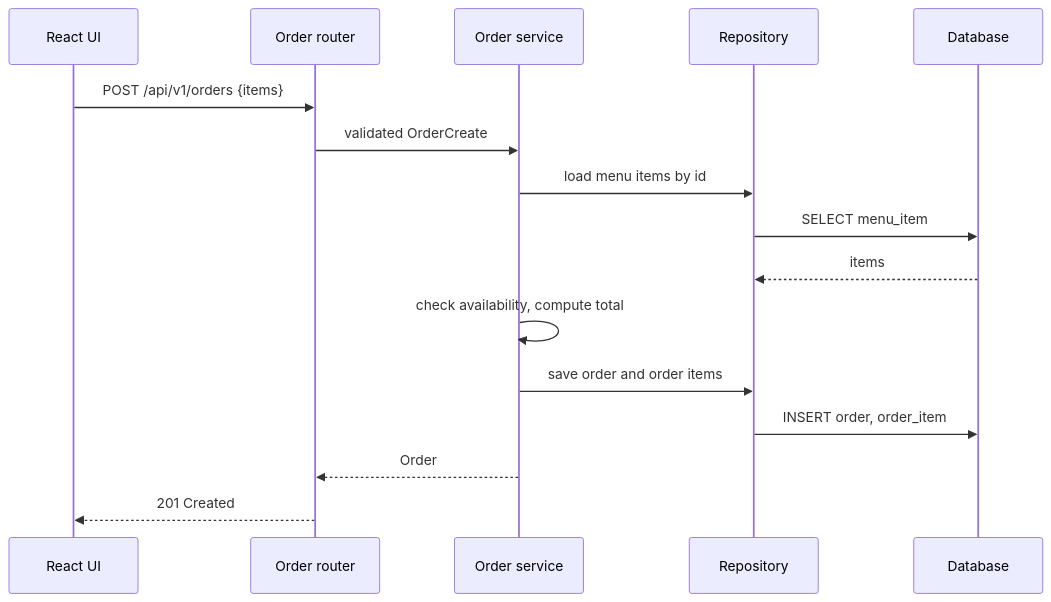
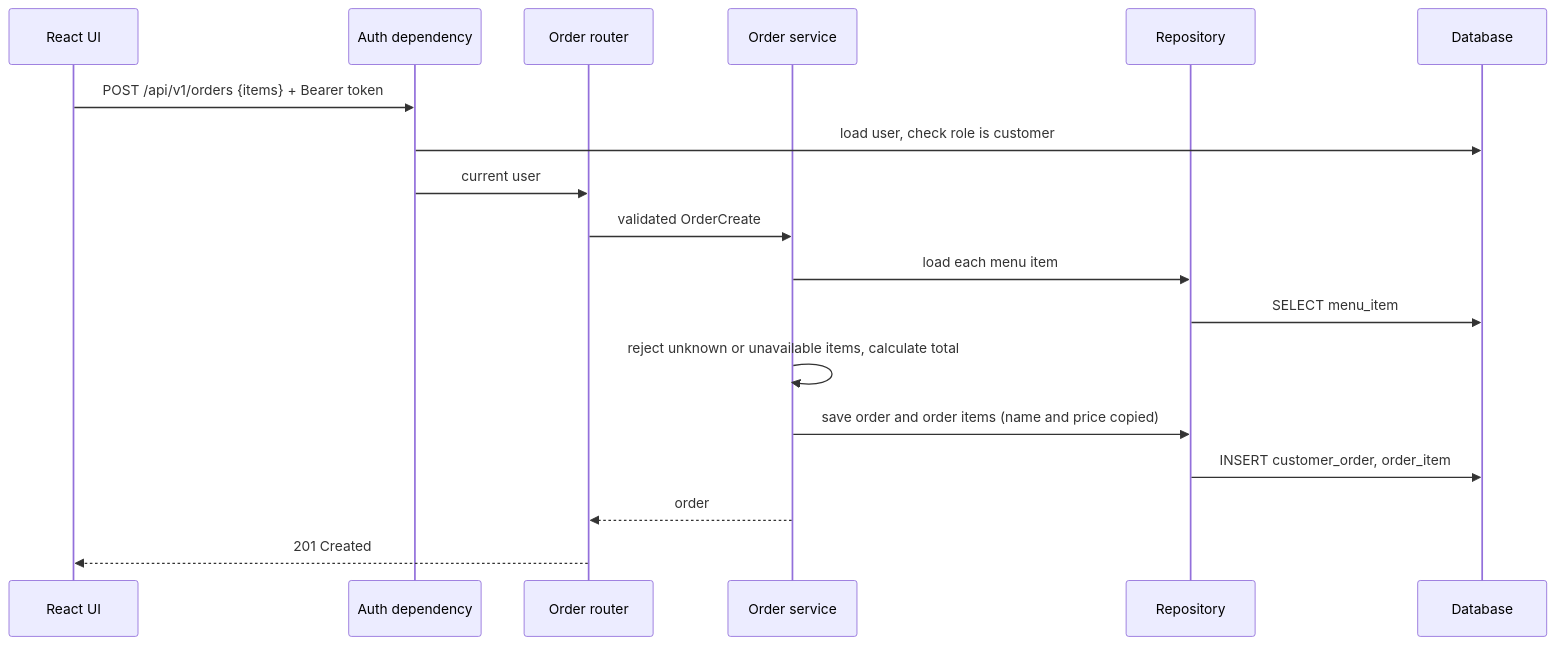
The second of 5 diagrams in docs/03-tdd.md (Mdhossain567/2312144-S6-CampusEats), drawn with Mermaid before and after one commit. The commit also changed other lines of this file, not shown here.

````diff
--- a/docs/03-tdd.md
+++ b/docs/03-tdd.md
@@ -57,18 +58,20 @@
 ```mermaid
 sequenceDiagram
     participant UI as React UI
+    participant D as Auth dependency
     participant R as Order router
     participant S as Order service
     participant Repo as Repository
     participant DB as Database
-    UI->>R: POST /api/v1/orders {items}
+    UI->>D: POST /api/v1/orders {items} + Bearer token
+    D->>DB: load user, check role is customer
+    D->>R: current user
     R->>S: validated OrderCreate
-    S->>Repo: load menu items by id
+    S->>Repo: load each menu item
     Repo->>DB: SELECT menu_item
-    DB-->>Repo: items
-    S->>S: check availability, compute total
-    S->>Repo: save order and order items
-    Repo->>DB: INSERT order, order_item
-    S-->>R: Order
+    S->>S: reject unknown or unavailable items, calculate total
+    S->>Repo: save order and order items (name and price copied)
+    Repo->>DB: INSERT customer_order, order_item
+    S-->>R: order
     R-->>UI: 201 Created
 ```
````
